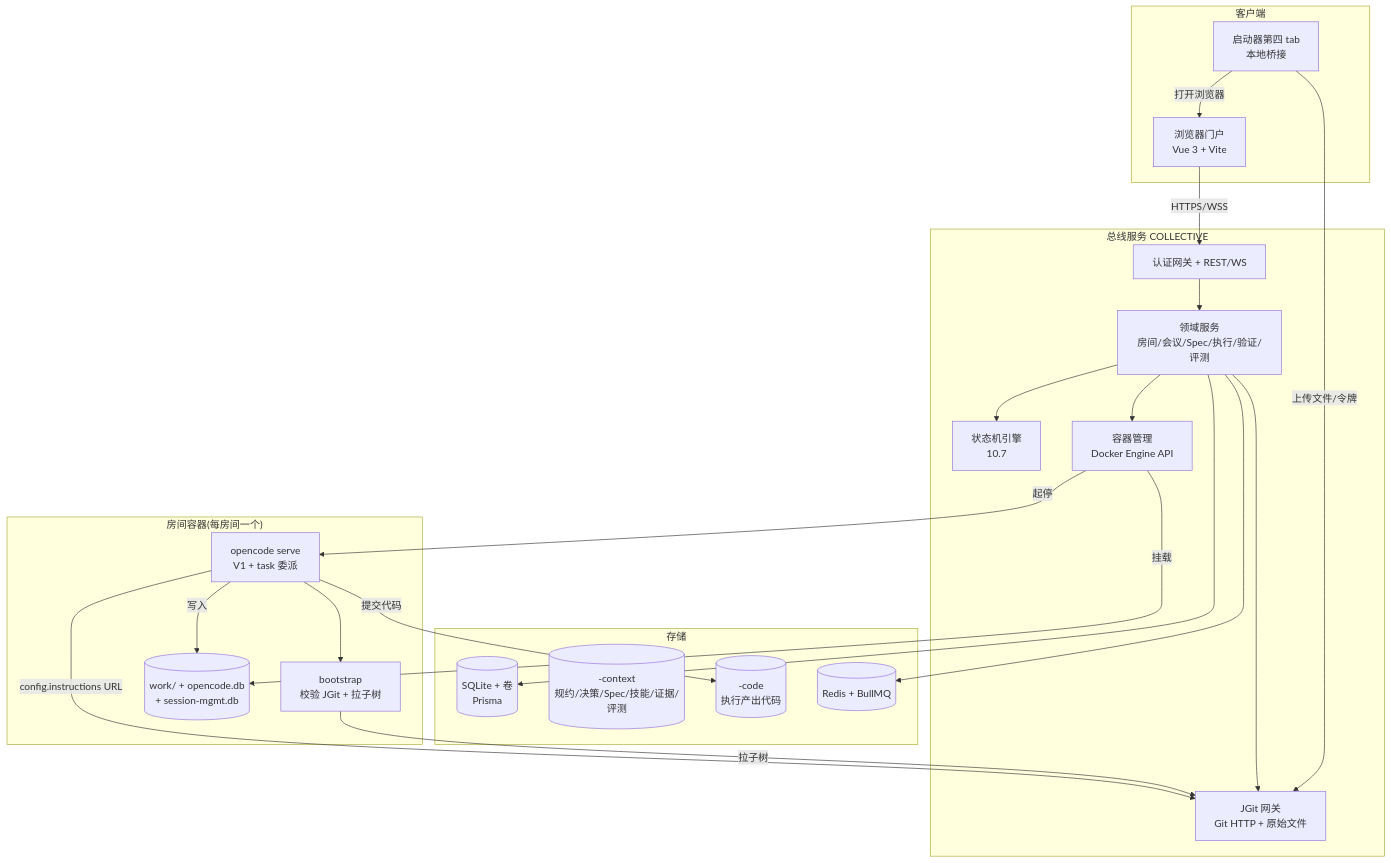
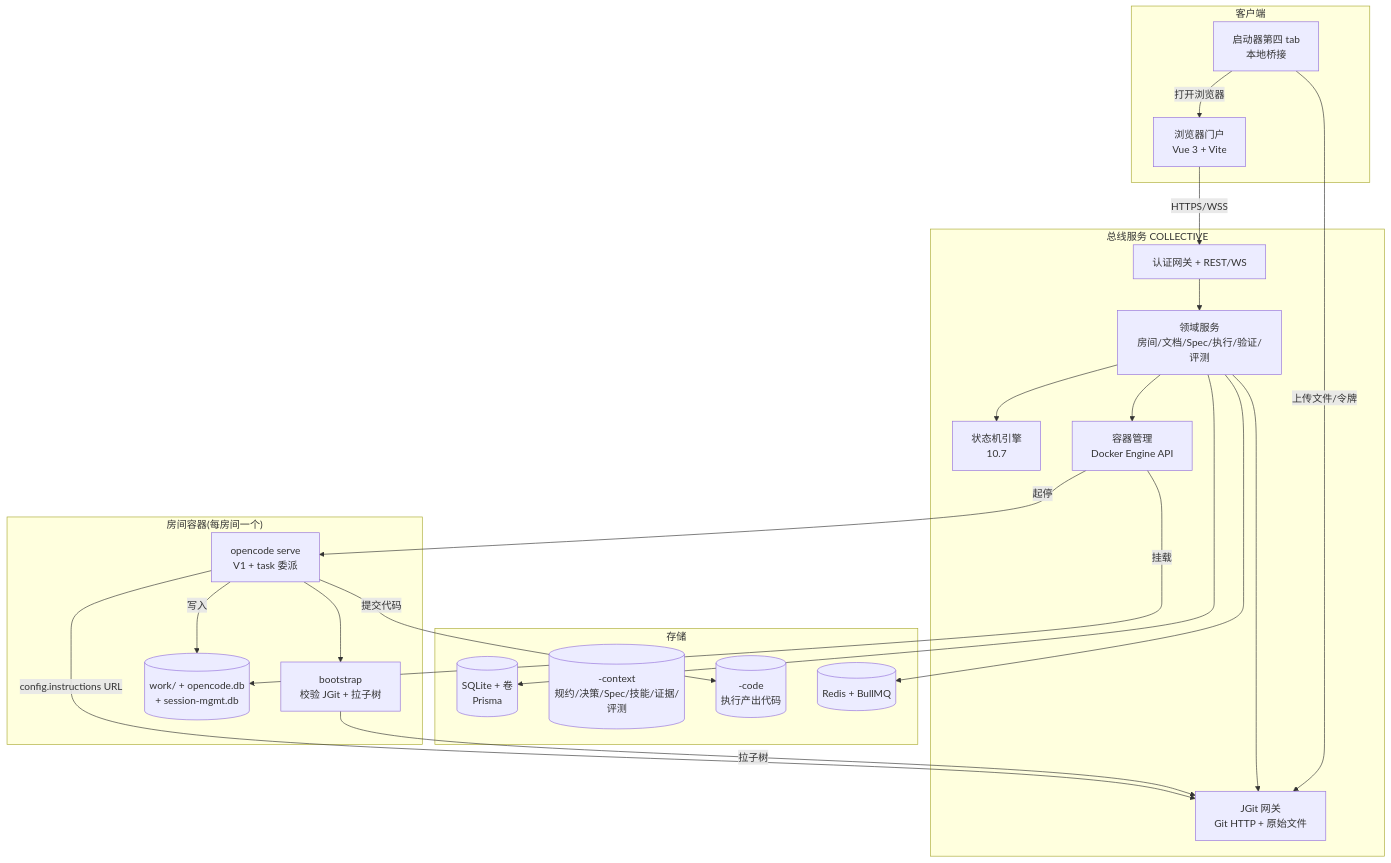
One commit to wonglaitung/opencode changed the second of 5 diagrams in COLLECTIVE.md. Above: the diagram before and after it, drawn with Mermaid. The commit also changed other lines of this file, not shown here.

````diff
--- a/COLLECTIVE.md
+++ b/COLLECTIVE.md
@@ -247,45 +250,45 @@
 ```mermaid
 flowchart TB
     subgraph 客户端
         Portal[浏览器门户<br/>Vue 3 + Vite]
         Launcher[启动器第四 tab<br/>本地桥接]
     end
 
     subgraph 总线服务[总线服务 COLLECTIVE]
         GW[认证网关 + REST/WS]
-        Domain[领域服务<br/>房间/会议/Spec/执行/验证/评测]
+        Domain[领域服务<br/>房间/文档/Spec/执行/验证/评测]
         SM[状态机引擎<br/>10.7]
         Docker[容器管理<br/>Docker Engine API]
         JGitGW[JGit 网关<br/>Git HTTP + 原始文件]
     end
 
     subgraph 存储
         DB[(SQLite + 卷<br/>Prisma)]
         Ctx[("<team>-context<br/>规约/决策/Spec/技能/证据/评测")]
         Code[("<team>-code<br/>执行产出代码")]
         Redis[(Redis + BullMQ)]
     end
 
     subgraph 房间容器["房间容器(每房间一个)"]
         OC[opencode serve<br/>V1 + task 委派]
         Bootstrap[bootstrap<br/>校验 JGit + 拉子树]
         Vol[(work/ + opencode.db<br/>+ session-mgmt.db)]
     end
 
     Portal -->|HTTPS/WSS| GW
     Launcher -->|上传文件/令牌| JGitGW
     Launcher -->|打开浏览器| Portal
     GW --> Domain
     Domain --> SM
     Domain --> Docker
     Domain --> JGitGW
     Domain --> DB
     Domain --> Redis
     Docker -->|起停| OC
     Docker -->|挂载| Vol
     OC --> Bootstrap
     Bootstrap -->|拉子树| JGitGW
     OC -->|config.instructions URL| JGitGW
     OC -->|写入| Vol
     OC -->|提交代码| Code
 ```
````
